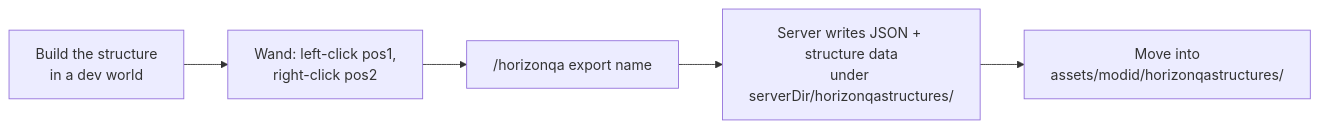
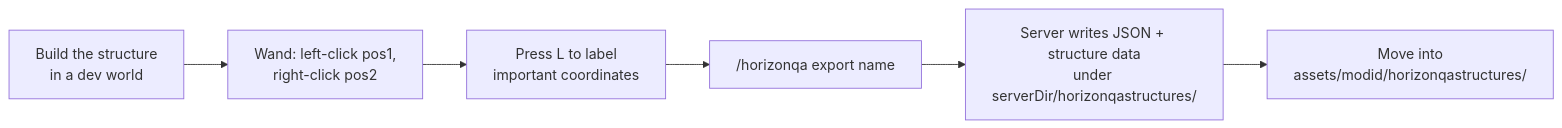
Before and after one commit to GTNewHorizons/Horizon-QA: the diagram in docs/guide/structures.md, drawn with Mermaid. The commit also changed other lines of this file and 48 other files, not shown here.

````diff
--- a/docs/guide/structures.md
+++ b/docs/guide/structures.md
@@ -43,7 +43,8 @@
 ```mermaid
 flowchart LR
     A[Build the structure<br/>in a dev world] --> B[Wand: left-click pos1,<br/>right-click pos2]
-    B --> C["/horizonqa export name"]
-    C --> D[Server writes JSON + structure data<br/>under serverDir/horizonqastructures/]
-    D --> E[Move into<br/>assets/modid/horizonqastructures/]
+    B --> C[Press L to label<br/>important coordinates]
+    C --> D["/horizonqa export name"]
+    D --> E[Server writes JSON + structure data<br/>under serverDir/horizonqastructures/]
+    E --> F[Move into<br/>assets/modid/horizonqastructures/]
 ```
````
